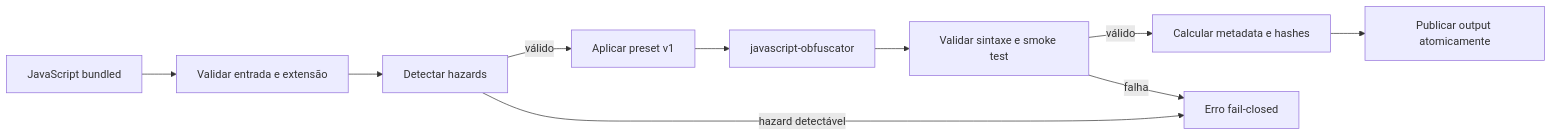
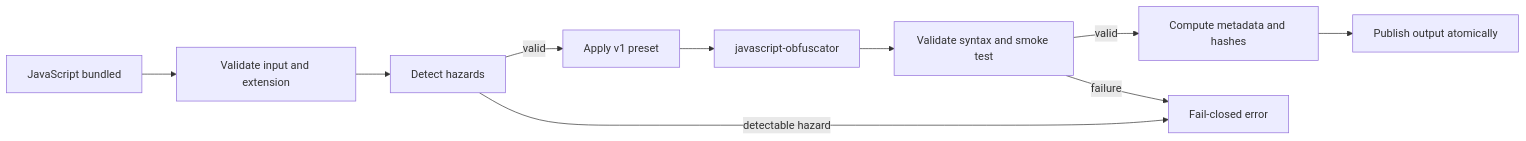
The first of 2 diagrams in README.md (andermoreira/js-condom), drawn with Mermaid before and after one commit. The commit also changed other lines of this file, not shown here.

````diff
--- a/README.md
+++ b/README.md
@@ -48,12 +48,12 @@
 ```mermaid
 flowchart LR
-    A[JavaScript bundled] --> B[Validar entrada e extensão]
-    B --> C[Detectar hazards]
-    C -->|válido| D[Aplicar preset v1]
+    A[JavaScript bundled] --> B[Validate input and extension]
+    B --> C[Detect hazards]
+    C -->|valid| D[Apply v1 preset]
     D --> E[javascript-obfuscator]
-    E --> F[Validar sintaxe e smoke test]
-    F -->|válido| G[Calcular metadata e hashes]
-    G --> H[Publicar output atomicamente]
-    C -->|hazard detectável| X[Erro fail-closed]
-    F -->|falha| X
+    E --> F[Validate syntax and smoke test]
+    F -->|valid| G[Compute metadata and hashes]
+    G --> H[Publish output atomically]
+    C -->|detectable hazard| X[Fail-closed error]
+    F -->|failure| X
 ```
````
